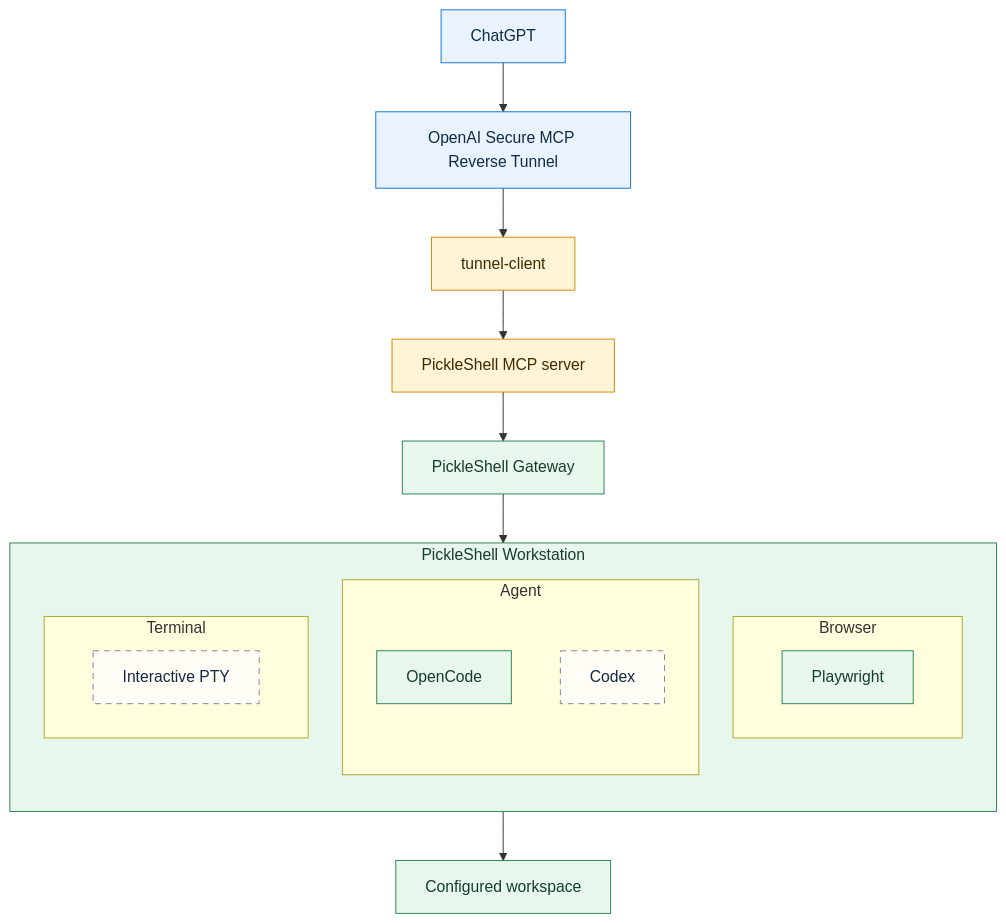
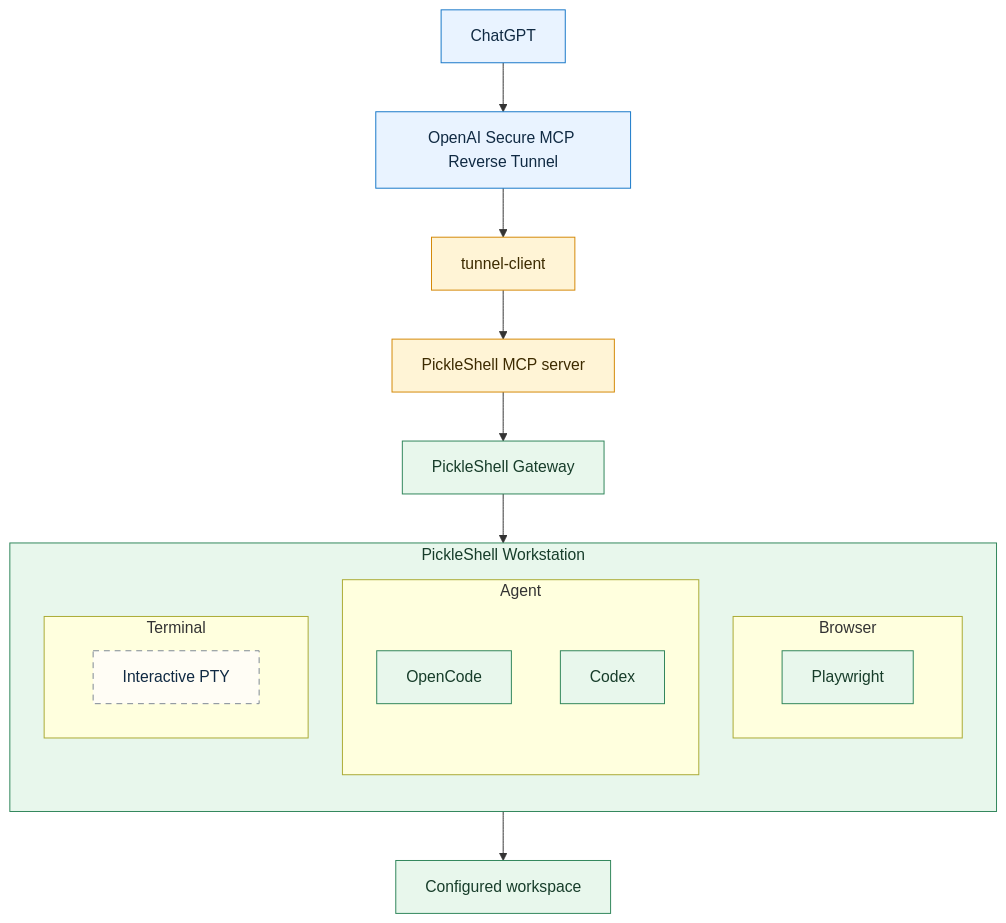
The first of 2 diagrams in README.md (pickleshell/pickleshell), drawn with Mermaid before and after one commit. The commit also changed other lines of this file and 3 other files, not shown here.

````diff
--- a/README.md
+++ b/README.md
@@ -102,33 +103,33 @@
 ```mermaid
 flowchart TD
     A["ChatGPT"] --> B["OpenAI Secure MCP Reverse Tunnel"]
     B --> C["tunnel-client"]
     C --> D["PickleShell MCP server"]
     D --> E["PickleShell Gateway"]
 
     subgraph SVC["PickleShell Workstation"]
         direction TB
         subgraph SVCB["Browser"]
             PW["Playwright"]:::impl
         end
         subgraph SVCA["Agent"]
             OC["OpenCode"]:::impl
-            CX["Codex"]:::planned
+            CX["Codex"]:::impl
         end
         subgraph SVCT["Terminal"]
             TTY["Interactive PTY"]:::planned
         end
     end
 
     E --> SVC
     OC --> WS["Configured workspace"]
 
     classDef cloud fill:#e9f3ff,stroke:#1677c8,color:#102a43
     classDef bridge fill:#fff4d6,stroke:#d48806,color:#3d2b00
     classDef local fill:#e8f7ec,stroke:#2f855a,color:#173d2a
     classDef impl fill:#e8f7ec,stroke:#2f855a,color:#173d2a
     classDef planned fill:#fffdf5,stroke:#7b8794,color:#102a43,stroke-dasharray: 6 5
     class A,B cloud
     class C,D bridge
     class E,SVC,WS local
 ```
````
